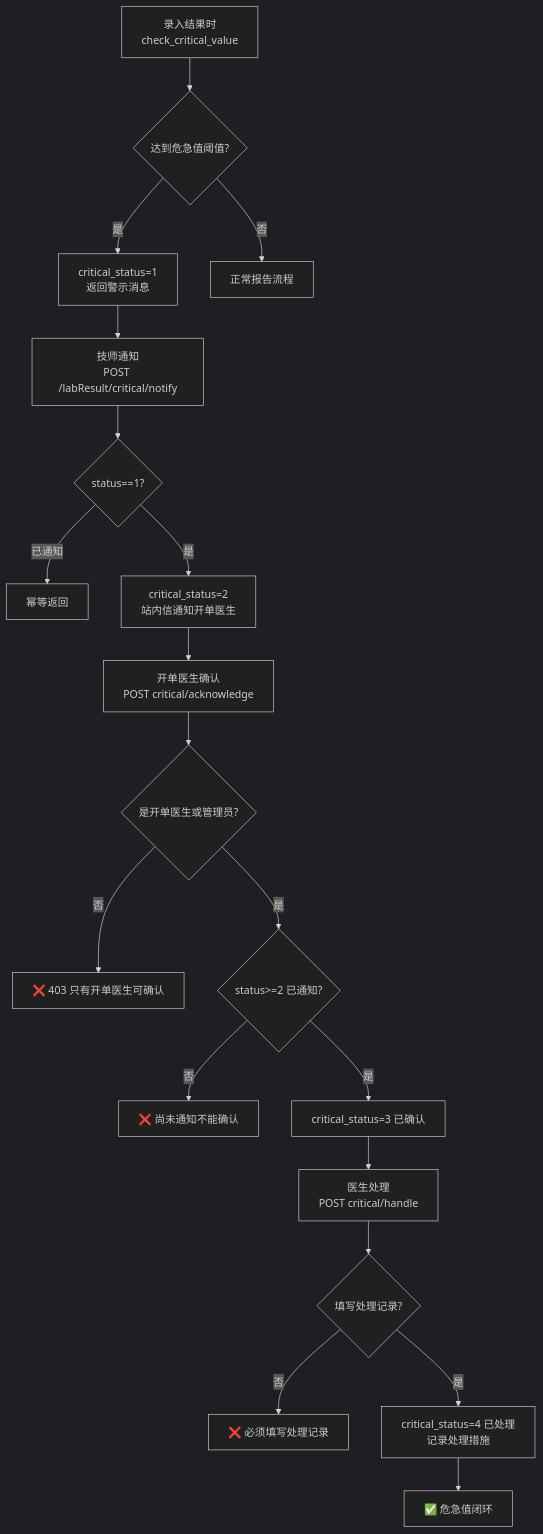
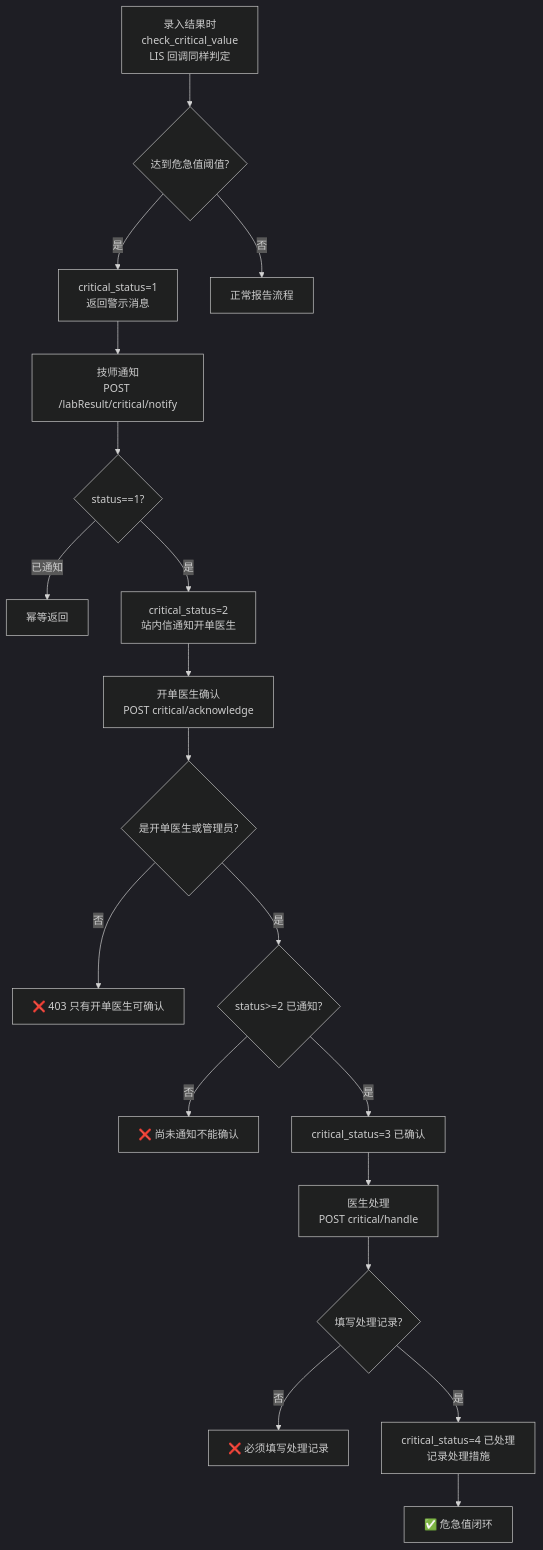
The second of 5 diagrams in doc/flowcharts/04-医技检查检验.md (Palpitate-xus/hoimsystem), drawn with Mermaid (dark theme) before and after one commit. The commit also changed other lines of this file and 3 other files, not shown here.

First line of the commit message:
docs(flowcharts): reflect second-round audit fixes in business flow diagrams

````diff
--- a/doc/flowcharts/04-医技检查检验.md
+++ b/doc/flowcharts/04-医技检查检验.md
@@ -32,21 +34,21 @@
 ```mermaid
 flowchart TD
-    A[录入结果时<br/>check_critical_value] --> B{达到危急值阈值?}
+    A[录入结果时<br/>check_critical_value<br/>LIS 回调同样判定] --> B{达到危急值阈值?}
     B -- 是 --> C[critical_status=1<br/>返回警示消息]
     B -- 否 --> D[正常报告流程]
     C --> E[技师通知<br/>POST /labResult/critical/notify]
     E --> F{status==1?}
     F -- 已通知 --> G[幂等返回]
     F -- 是 --> H[critical_status=2<br/>站内信通知开单医生]
     H --> I[开单医生确认<br/>POST critical/acknowledge]
     I --> J{是开单医生或管理员?}
     J -- 否 --> K[❌ 403 只有开单医生可确认]
     J -- 是 --> L{status>=2 已通知?}
     L -- 否 --> M[❌ 尚未通知不能确认]
     L -- 是 --> N[critical_status=3 已确认]
     N --> O[医生处理<br/>POST critical/handle]
     O --> P{填写处理记录?}
     P -- 否 --> Q[❌ 必须填写处理记录]
     P -- 是 --> R[critical_status=4 已处理<br/>记录处理措施]
     R --> S[✅ 危急值闭环]
 ```
````
